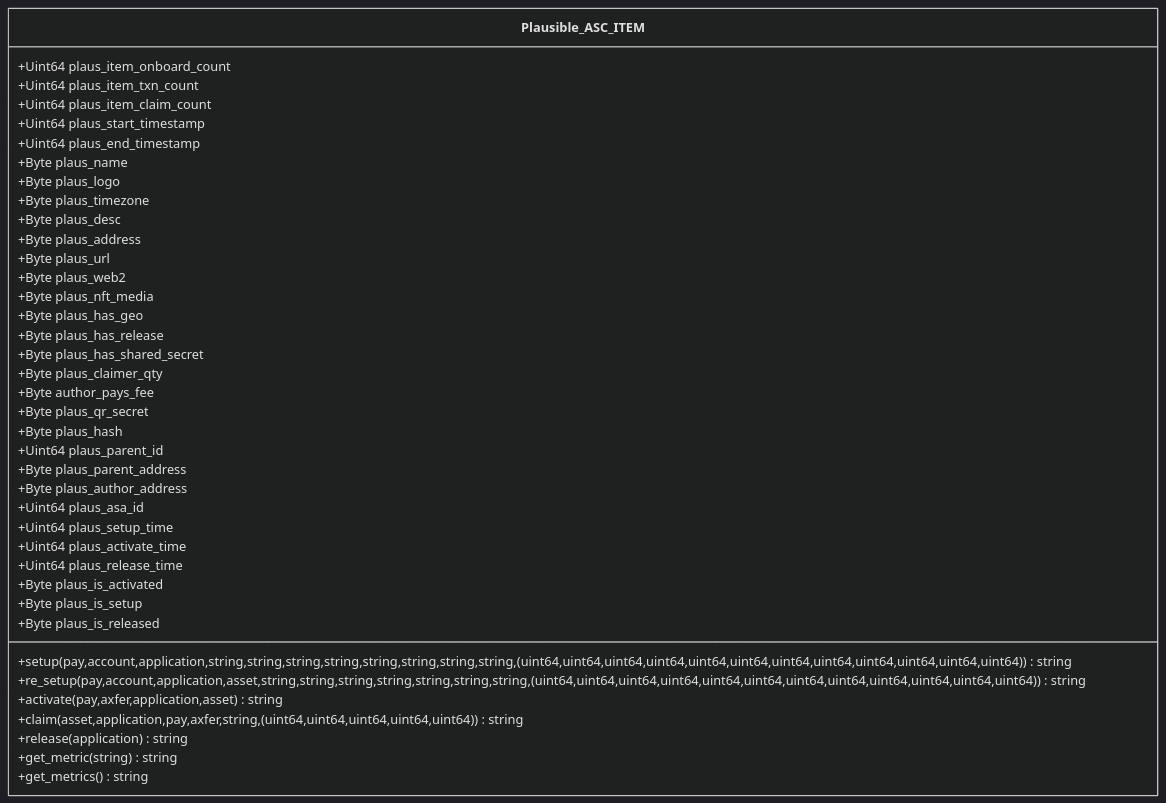
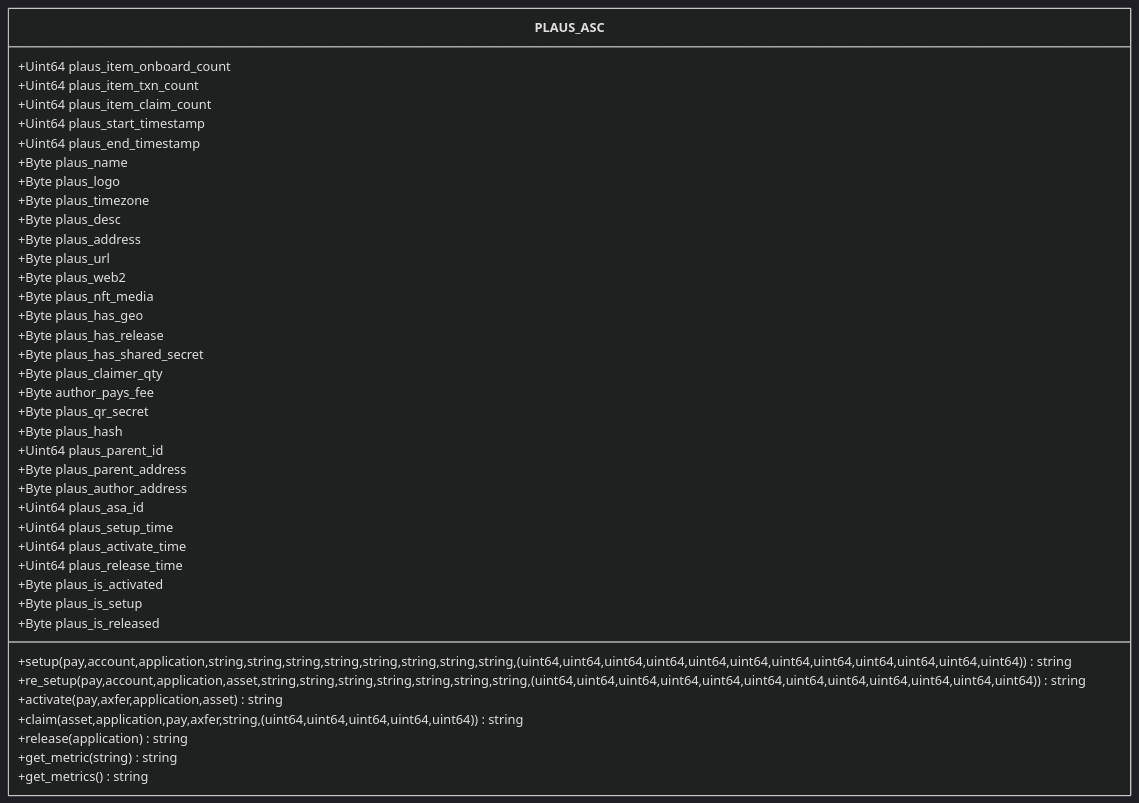
Before and after one commit to GoPlausible/.github: the eighth of 8 diagrams in profile/README.md, drawn with Mermaid (dark theme). The commit also changed other lines of this file, not shown here.

````diff
--- a/profile/README.md
+++ b/profile/README.md
@@ -422,56 +420,56 @@
 ```mermaid
   classDiagram
-    class Plausible_ASC_ITEM
+    class PLAUS_ASC
 
-    Plausible_ASC_ITEM : +Uint64 plaus_item_onboard_count
-    Plausible_ASC_ITEM : +Uint64 plaus_item_txn_count
-    Plausible_ASC_ITEM : +Uint64 plaus_item_claim_count
+    PLAUS_ASC : +Uint64 plaus_item_onboard_count
+    PLAUS_ASC : +Uint64 plaus_item_txn_count
+    PLAUS_ASC : +Uint64 plaus_item_claim_count
 
-    Plausible_ASC_ITEM : +Uint64 plaus_start_timestamp
-    Plausible_ASC_ITEM : +Uint64 plaus_end_timestamp
-    Plausible_ASC_ITEM : +Byte plaus_name
-    Plausible_ASC_ITEM : +Byte plaus_logo
-    Plausible_ASC_ITEM : +Byte plaus_timezone
-    Plausible_ASC_ITEM : +Byte plaus_desc
-    Plausible_ASC_ITEM : +Byte plaus_address
-    Plausible_ASC_ITEM : +Byte plaus_url
-    Plausible_ASC_ITEM : +Byte plaus_web2
-    Plausible_ASC_ITEM : +Byte plaus_nft_media
-    Plausible_ASC_ITEM : +Byte plaus_has_geo
-    Plausible_ASC_ITEM : +Byte plaus_has_release
-    Plausible_ASC_ITEM : +Byte plaus_has_shared_secret
-    Plausible_ASC_ITEM : +Byte plaus_claimer_qty
-    Plausible_ASC_ITEM : +Byte author_pays_fee
-    Plausible_ASC_ITEM : +Byte plaus_qr_secret
-    Plausible_ASC_ITEM : +Byte plaus_hash
+    PLAUS_ASC : +Uint64 plaus_start_timestamp
+    PLAUS_ASC : +Uint64 plaus_end_timestamp
+    PLAUS_ASC : +Byte plaus_name
+    PLAUS_ASC : +Byte plaus_logo
+    PLAUS_ASC : +Byte plaus_timezone
+    PLAUS_ASC : +Byte plaus_desc
+    PLAUS_ASC : +Byte plaus_address
+    PLAUS_ASC : +Byte plaus_url
+    PLAUS_ASC : +Byte plaus_web2
+    PLAUS_ASC : +Byte plaus_nft_media
+    PLAUS_ASC : +Byte plaus_has_geo
+    PLAUS_ASC : +Byte plaus_has_release
+    PLAUS_ASC : +Byte plaus_has_shared_secret
+    PLAUS_ASC : +Byte plaus_claimer_qty
+    PLAUS_ASC : +Byte author_pays_fee
+    PLAUS_ASC : +Byte plaus_qr_secret
+    PLAUS_ASC : +Byte plaus_hash
 
 
-    Plausible_ASC_ITEM : +Uint64 plaus_parent_id
-    Plausible_ASC_ITEM : +Byte plaus_parent_address
-    Plausible_ASC_ITEM : +Byte plaus_author_address
-    Plausible_ASC_ITEM : +Uint64 plaus_asa_id
+    PLAUS_ASC : +Uint64 plaus_parent_id
+    PLAUS_ASC : +Byte plaus_parent_address
+    PLAUS_ASC : +Byte plaus_author_address
+    PLAUS_ASC : +Uint64 plaus_asa_id
 
-    Plausible_ASC_ITEM : +Uint64 plaus_setup_time
-    Plausible_ASC_ITEM : +Uint64 plaus_activate_time
-    Plausible_ASC_ITEM : +Uint64 plaus_release_time
+    PLAUS_ASC : +Uint64 plaus_setup_time
+    PLAUS_ASC : +Uint64 plaus_activate_time
+    PLAUS_ASC : +Uint64 plaus_release_time
 
 
-     Plausible_ASC_ITEM : +Byte plaus_is_activated
-    Plausible_ASC_ITEM : +Byte plaus_is_setup
-    Plausible_ASC_ITEM : +Byte plaus_is_released
+     PLAUS_ASC : +Byte plaus_is_activated
+    PLAUS_ASC : +Byte plaus_is_setup
+    PLAUS_ASC : +Byte plaus_is_released
 
 
 
  
 
-    Plausible_ASC_ITEM : +setup(pay,account,application,string,string,string,string,string,string,string,string,(uint64,uint64,uint64,uint64,uint64,uint64,uint64,uint64,uint64,uint64,uint64,uint64))string
-    Plausible_ASC_ITEM : +re_setup(pay,account,application,asset,string,string,string,string,string,string,string,(uint64,uint64,uint64,uint64,uint64,uint64,uint64,uint64,uint64,uint64,uint64,uint64))string
-    Plausible_ASC_ITEM : +activate(pay,axfer,application,asset)string
-    Plausible_ASC_ITEM : +claim(asset,application,pay,axfer,string,(uint64,uint64,uint64,uint64,uint64))string
-    Plausible_ASC_ITEM : +release(application)string
-    Plausible_ASC_ITEM : +get_metric(string)string
-    Plausible_ASC_ITEM : +get_metrics()string
+    PLAUS_ASC : +setup(pay,account,application,string,string,string,string,string,string,string,string,(uint64,uint64,uint64,uint64,uint64,uint64,uint64,uint64,uint64,uint64,uint64,uint64))string
+    PLAUS_ASC : +re_setup(pay,account,application,asset,string,string,string,string,string,string,string,(uint64,uint64,uint64,uint64,uint64,uint64,uint64,uint64,uint64,uint64,uint64,uint64))string
+    PLAUS_ASC : +activate(pay,axfer,application,asset)string
+    PLAUS_ASC : +claim(asset,application,pay,axfer,string,(uint64,uint64,uint64,uint64,uint64))string
+    PLAUS_ASC : +release(application)string
+    PLAUS_ASC : +get_metric(string)string
+    PLAUS_ASC : +get_metrics()string
     
   
     
 ```
````
